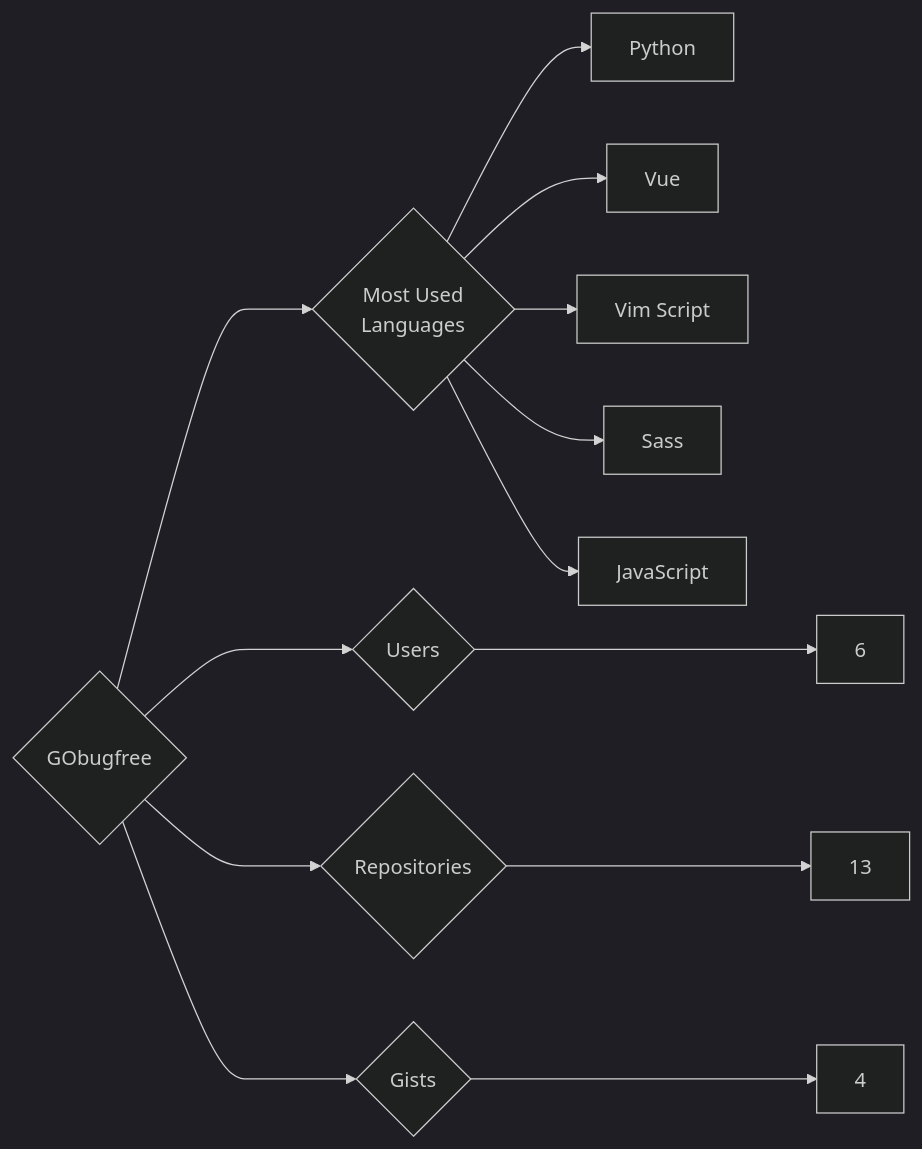
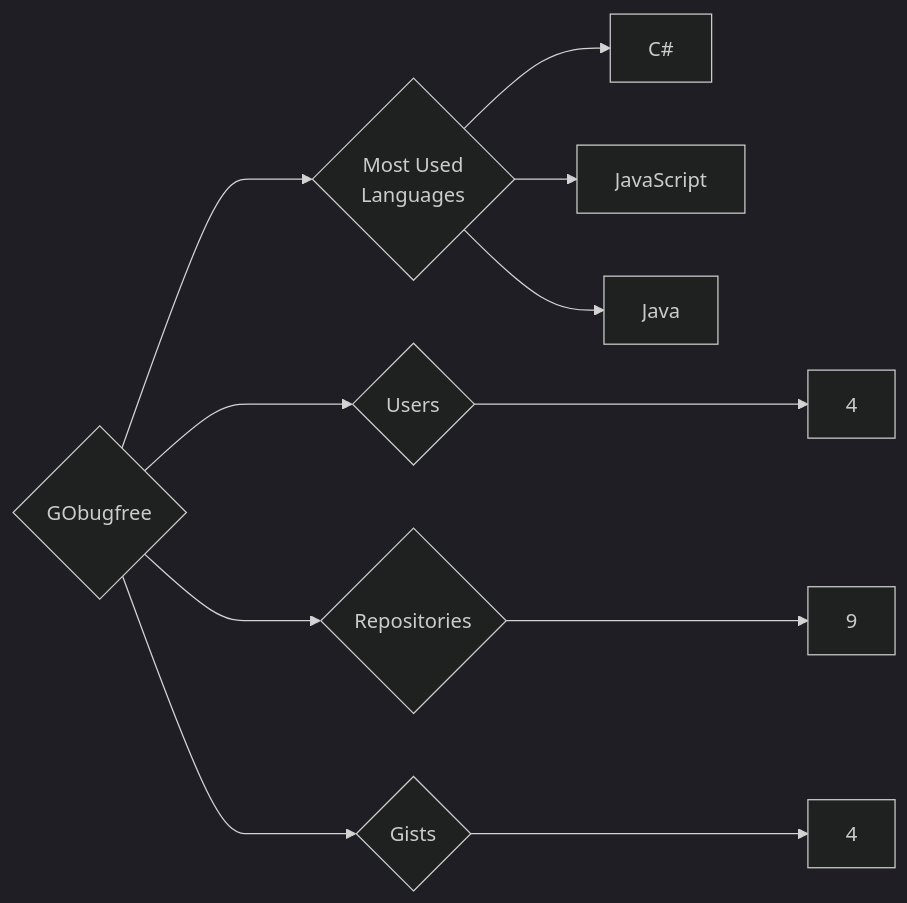
One commit to trickest/insiders changed the diagram in targets/GObugfree/README.md. Above: the diagram before and after it, drawn with Mermaid (dark theme). The commit also changed 1141 other files, not shown here.

````diff
--- a/targets/GObugfree/README.md
+++ b/targets/GObugfree/README.md
@@ -3,13 +3,11 @@
 ```mermaid
 graph LR
 COMPANY_NAME{GObugfree}
-COMPANY_NAME ---> U{Users} ---> UN[6]
-COMPANY_NAME ---> R{Repositories} ---> RN[13]
+COMPANY_NAME ---> U{Users} ---> UN[4]
+COMPANY_NAME ---> R{Repositories} ---> RN[9]
 COMPANY_NAME ---> G{Gists} ---> GN[4]
 COMPANY_NAME ---> ML{Most Used<br>Languages}
-ML --> Python[Python]
-ML --> Vue[Vue]
-ML --> Vim_Script[Vim Script]
-ML --> Sass[Sass]
+ML --> C#[C#]
 ML --> JavaScript[JavaScript]
+ML --> Java[Java]
 ```
````
